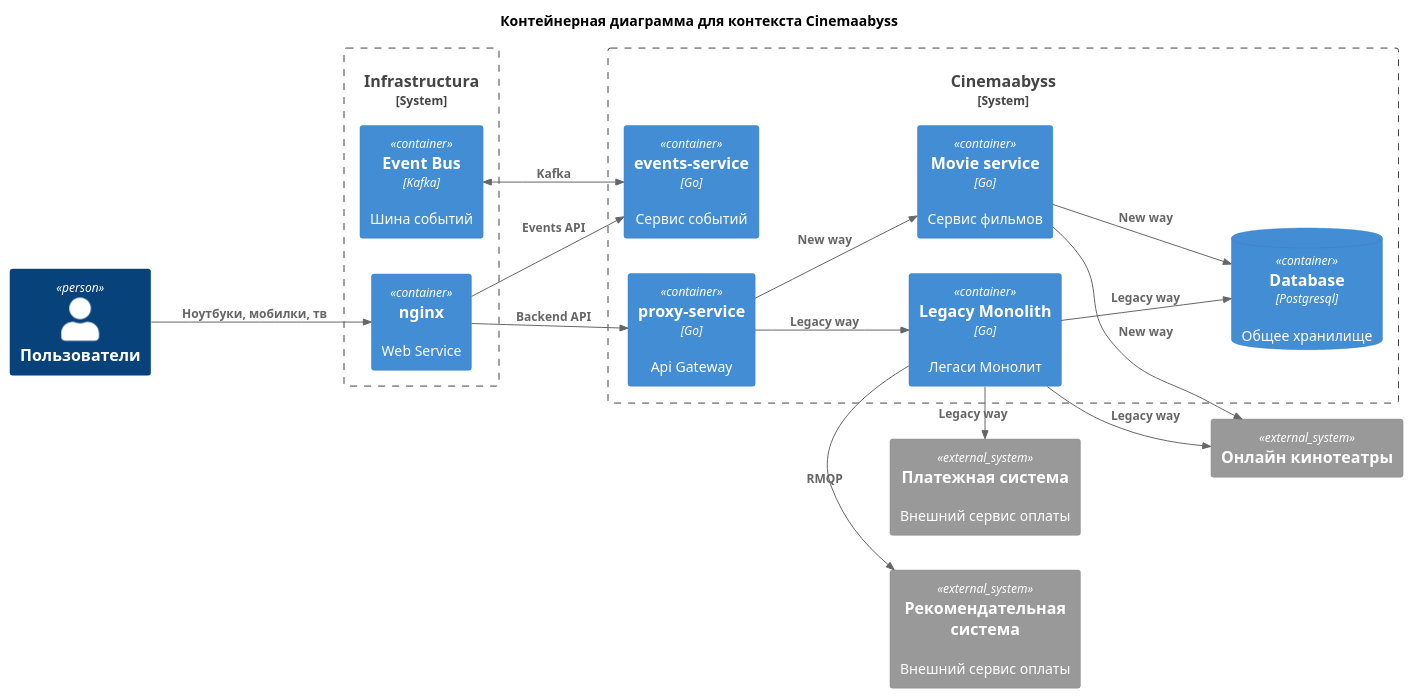
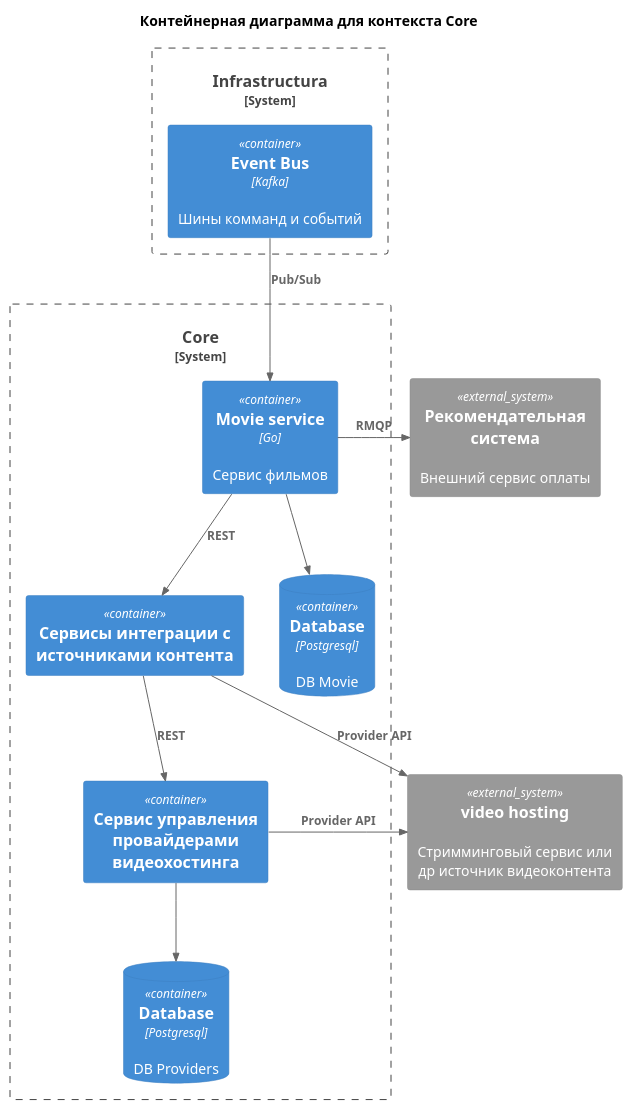
Before and after one commit to MaximPod/architecture-cinemaabyss: the diagram in docs/architecture/C4-2-Container-ToBe.puml, drawn with PlantUML. The commit also changed 2 other files, not shown here.

Commit message:
Update system diagrams

```diff
--- a/docs/architecture/C4-2-Container-ToBe.puml
+++ b/docs/architecture/C4-2-Container-ToBe.puml
@@ -1,50 +1,36 @@
 @startuml
 !include https://raw.githubusercontent.com/plantuml-stdlib/C4-PlantUML/master/C4_Container.puml
 
-LAYOUT_LANDSCAPE()
+title Контейнерная диаграмма для контекста Core
 
-title Контейнерная диаграмма для контекста Cinemaabyss
+System_Boundary(c1, "Core") {
 
-Person(customer, "Пользователи")
-
-System_Boundary(c1, "Cinemaabyss") {
-  
-    Container(proxy, "proxy-service", "Go", "Api Gateway")
-    Container(monolith, "Legacy Monolith", "Go", "Легаси Монолит")
     Container(movie, "Movie service", "Go", "Сервис фильмов")
-    ContainerDb(db, "Database", "Postgresql", "Общее хранилище")
-    Container(events, "events-service", "Go", "Сервис событий")
+    ContainerDb(db, "Database", "Postgresql", "DB Movie")
+    Container(videosources, "Сервисы интеграции с источниками контента", "")
+    Container(provider, "Сервис управления провайдерами видеохостинга", "")
+    ContainerDb(dbp, "Database", "Postgresql", "DB Providers")
 } 
 
 
 System_Boundary(c2, "Infrastructura") {
-    Container(nginx, "nginx", "", "Web Service")
-    Container(message_bus, "Event Bus", "Kafka", "Шина событий")
+    Container(message_bus, "Event Bus", "Kafka", "Шины комманд и событий")
 } 
 
-System_Ext(ps, "Платежная система", "Внешний сервис оплаты")
-System_Ext(oc, "Онлайн кинотеатры", "")
 System_Ext(rs, "Рекомендательная система", "Внешний сервис оплаты")
+System_Ext(vh, "video hosting", "Стримминговый сервис или др источник видеоконтента")
 
-Lay_D(monolith, db)
-Lay_L(rs, ps)
 
-Rel(customer, nginx, "Ноутбуки, мобилки, тв", "")
-Rel(nginx, proxy, "Backend API", "")
-Rel(nginx, events, "Events API", "")
+Lay_D(videosources, provider)
 
-BiRel(events, message_bus, "Kafka", "")
-
-Rel(proxy, monolith, "Legacy way", "")
-Rel(proxy, movie, "New way", "")
-
-Rel_D(monolith, ps, "Legacy way", "")
-Rel_D(monolith, rs, "RMQP", "")
-Rel_D(monolith, oc, "Legacy way", "")
-Rel_D(monolith, db, "Legacy way", "")
-
-Rel(movie, db, "New way", "")
-Rel(movie, oc, "New way", "")
+Rel_D(message_bus, movie, "Pub/Sub", "")
+Rel_D(movie, db, "", "")
+Rel_D(movie, videosources, "REST", "")
+Rel_R(movie, rs, "RMQP", "")
+Rel_R(videosources, vh, "Provider API", "")
+Rel_R(provider, vh, "Provider API", "")
+Rel_D(videosources, provider, "REST", "")
+Rel_D(provider, dbp, "", "")
 
 
 @enduml
```
